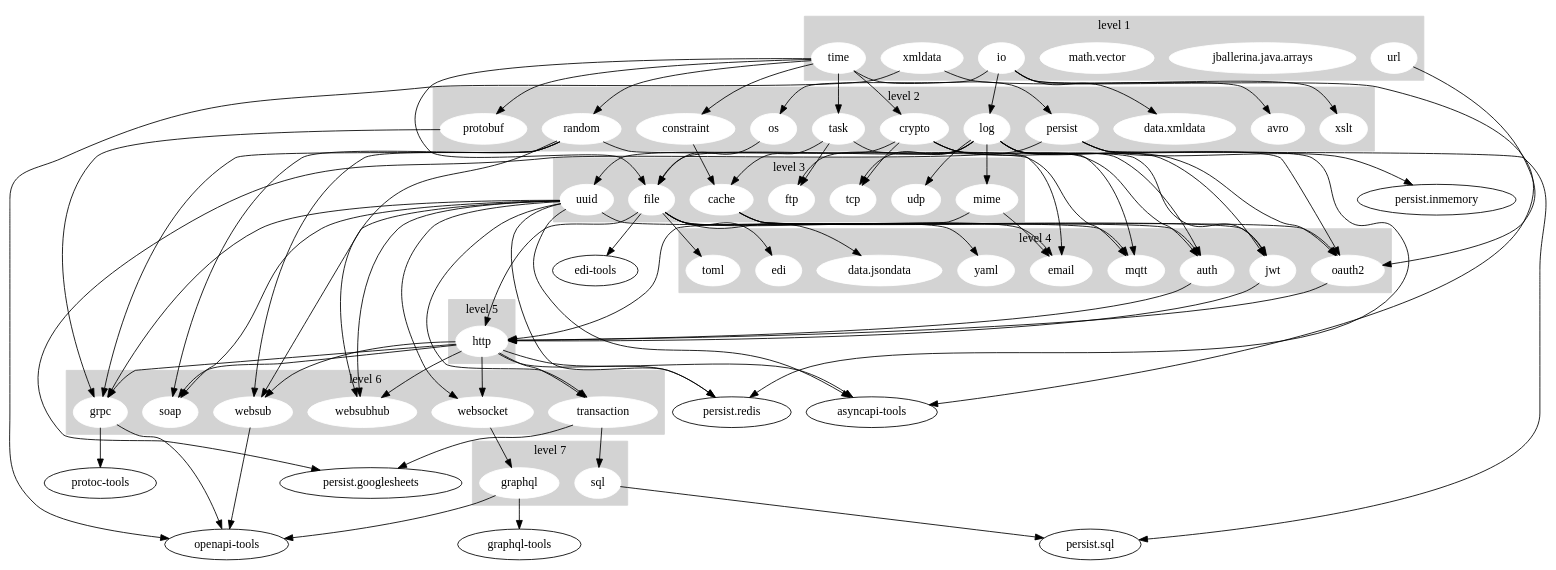
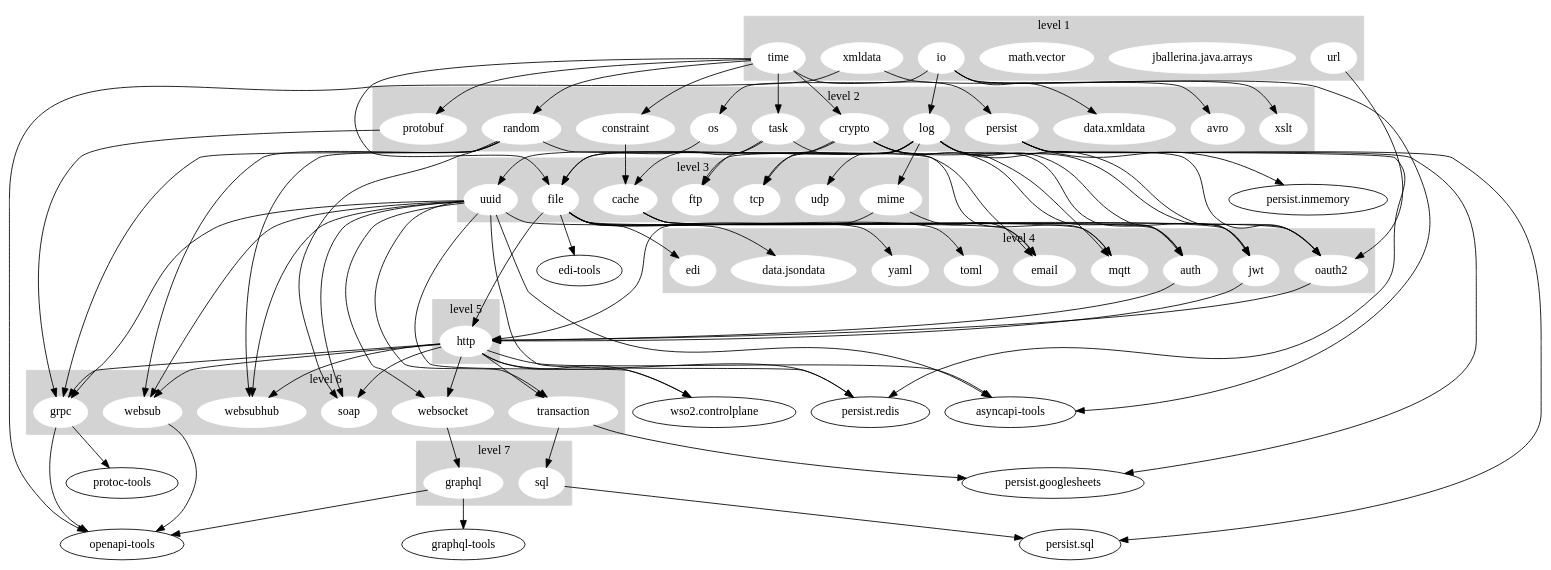
The diagram in dashboard/stdlib_graph.gv (ballerina-platform/ballerina-release), drawn with Graphviz before and after one commit.

Commit message:
[Automated] Update Stdlib Dependency Graph

```diff
--- a/dashboard/stdlib_graph.gv
+++ b/dashboard/stdlib_graph.gv
@@ -1,164 +1,166 @@
 digraph "Stdlib Dependency Graph" {
 	subgraph cluster_1 {
 		node [color=white style=filled]
 		color=lightgrey style=filled
 		io
 		"jballerina.java.arrays"
 		"math.vector"
 		time
 		url
 		xmldata
 		label="level 1"
 	}
 	subgraph cluster_2 {
 		node [color=white style=filled]
 		color=lightgrey style=filled
 		avro
 		constraint
 		crypto
 		"data.xmldata"
 		log
 		os
 		persist
 		protobuf
 		random
 		task
 		xslt
 		label="level 2"
 	}
 	subgraph cluster_3 {
 		node [color=white style=filled]
 		color=lightgrey style=filled
 		cache
 		file
 		ftp
 		mime
 		tcp
 		udp
 		uuid
 		label="level 3"
 	}
 	subgraph cluster_4 {
 		node [color=white style=filled]
 		color=lightgrey style=filled
 		auth
 		"data.jsondata"
 		edi
 		email
 		jwt
 		mqtt
 		oauth2
 		toml
 		yaml
 		label="level 4"
 	}
 	subgraph cluster_5 {
 		node [color=white style=filled]
 		color=lightgrey style=filled
 		http
 		label="level 5"
 	}
 	subgraph cluster_6 {
 		node [color=white style=filled]
 		color=lightgrey style=filled
 		grpc
 		soap
 		transaction
 		websocket
 		websub
 		websubhub
 		label="level 6"
 	}
 	subgraph cluster_7 {
 		node [color=white style=filled]
 		color=lightgrey style=filled
 		graphql
 		sql
 		label="level 7"
 	}
 	io -> avro
 	io -> "data.xmldata"
 	io -> log
 	io -> os
 	io -> xslt
 	time -> constraint
 	time -> crypto
 	time -> file
 	time -> persist
 	time -> protobuf
 	time -> random
 	time -> task
 	url -> oauth2
 	xmldata -> "asyncapi-tools"
 	xmldata -> "openapi-tools"
 	constraint -> cache
 	crypto -> auth
 	crypto -> jwt
 	crypto -> oauth2
 	crypto -> tcp
 	crypto -> uuid
 	log -> auth
 	log -> file
 	log -> ftp
 	log -> jwt
 	log -> mime
 	log -> mqtt
 	log -> oauth2
 	log -> tcp
 	log -> udp
 	os -> file
 	persist -> "persist.googlesheets"
 	persist -> "persist.inmemory"
 	persist -> "persist.redis"
 	persist -> "persist.sql"
 	protobuf -> grpc
 	random -> grpc
 	random -> mqtt
 	random -> soap
 	random -> websub
 	random -> websubhub
 	task -> cache
 	task -> email
 	task -> ftp
 	cache -> auth
 	cache -> jwt
 	cache -> oauth2
 	file -> "data.jsondata"
 	file -> edi
 	file -> email
 	file -> http
 	file -> toml
 	file -> yaml
 	file -> "edi-tools"
 	mime -> email
 	mime -> http
 	uuid -> grpc
 	uuid -> mqtt
 	uuid -> soap
 	uuid -> transaction
 	uuid -> websocket
 	uuid -> websub
 	uuid -> websubhub
 	uuid -> "persist.redis"
+	uuid -> "wso2.controlplane"
 	uuid -> "asyncapi-tools"
 	auth -> http
 	jwt -> http
 	oauth2 -> http
 	http -> grpc
 	http -> soap
 	http -> transaction
 	http -> websocket
 	http -> websub
 	http -> websubhub
 	http -> "persist.redis"
+	http -> "wso2.controlplane"
 	http -> "asyncapi-tools"
 	grpc -> "openapi-tools"
 	grpc -> "protoc-tools"
 	transaction -> sql
 	transaction -> "persist.googlesheets"
 	websocket -> graphql
 	websub -> "openapi-tools"
 	graphql -> "graphql-tools"
 	graphql -> "openapi-tools"
 	sql -> "persist.sql"
 }
```
